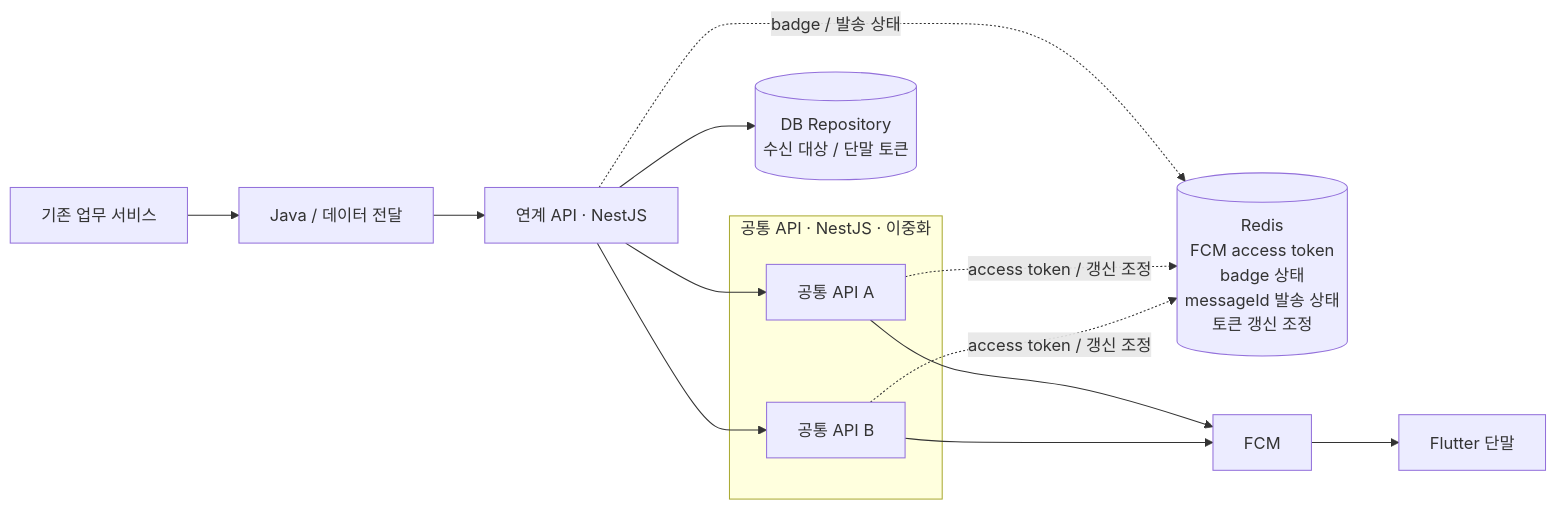
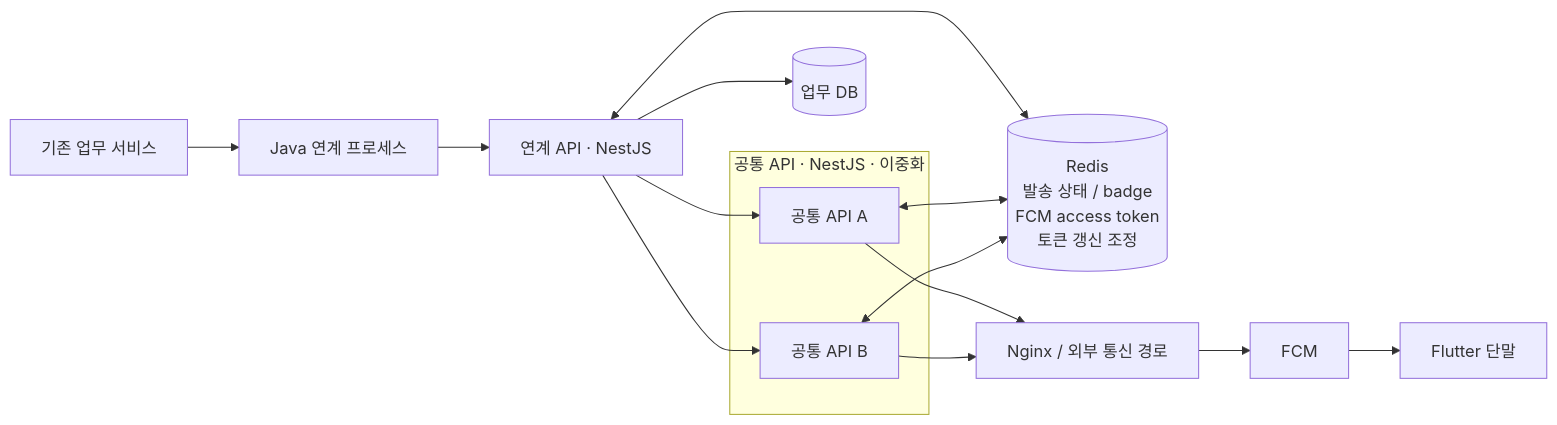
The diagram in docs/ko/02-experience-architecture.md (clsung7911/reliable-messaging-platform), drawn with Mermaid before and after one commit. The commit also changed other lines of this file and 38 other files, not shown here.

````diff
--- a/docs/ko/02-experience-architecture.md
+++ b/docs/ko/02-experience-architecture.md
@@ -5,27 +5,30 @@
 ```mermaid
 flowchart LR
     L[기존 업무 서비스]
-    J[Java / 데이터 전달]
+    J[Java 연계 프로세스]
     M[연계 API · NestJS]
-    DB[(DB Repository<br/>수신 대상 / 단말 토큰)]
+    DB[(업무 DB)]
+    R[(Redis<br/>발송 상태 / badge<br/>FCM access token<br/>토큰 갱신 조정)]
 
     subgraph COMMON[공통 API · NestJS · 이중화]
         C1[공통 API A]
         C2[공통 API B]
     end
 
-    R[(Redis<br/>FCM access token<br/>badge 상태<br/>messageId 발송 상태<br/>토큰 갱신 조정)]
+    N[Nginx / 외부 통신 경로]
     F[FCM]
     D[Flutter 단말]
 
-    L --> J --> M
+    L --> J
+    J --> M
     M --> DB
+    M <--> R
     M --> C1
     M --> C2
-    M -. badge / 발송 상태 .-> R
-    C1 -. access token / 갱신 조정 .-> R
-    C2 -. access token / 갱신 조정 .-> R
-    C1 --> F
-    C2 --> F
+    C1 <--> R
+    C2 <--> R
+    C1 --> N
+    C2 --> N
+    N --> F
     F --> D
 ```
````
